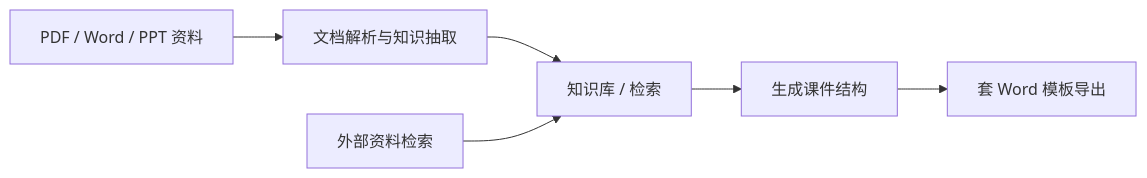
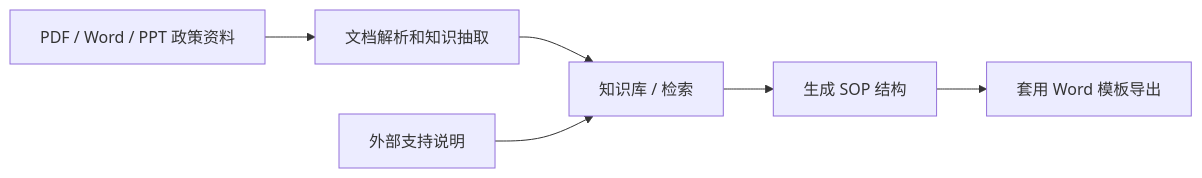
One commit to oudbiao/AI-fullstack-course changed the first of 2 diagrams in i18n/zh-Hans/docusaurus-plugin-content-docs/current/ch08-rag/ch05-projects/04-courseware-assistant.md. Above: the diagram before and after it, drawn with Mermaid. The commit also changed other lines of this file and 14 other files, not shown here.

````diff
--- a/i18n/zh-Hans/docusaurus-plugin-content-docs/current/ch08-rag/ch05-projects/04-courseware-assistant.md
+++ b/i18n/zh-Hans/docusaurus-plugin-content-docs/current/ch08-rag/ch05-projects/04-courseware-assistant.md
@@ -55,8 +55,8 @@
 ```mermaid
 flowchart LR
-    A["PDF / Word / PPT 资料"] --> B["文档解析与知识抽取"]
+    A["PDF / Word / PPT 政策资料"] --> B["文档解析和知识抽取"]
     B --> C["知识库 / 检索"]
-    D["外部资料检索"] --> C
-    C --> E["生成课件结构"]
-    E --> F["套 Word 模板导出"]
+    D["外部支持说明"] --> C
+    C --> E["生成 SOP 结构"]
+    E --> F["套用 Word 模板导出"]
 ```
````
